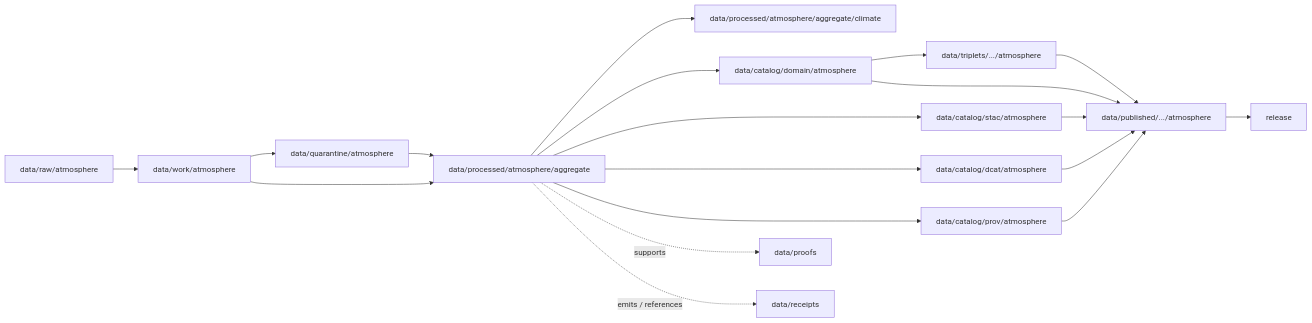
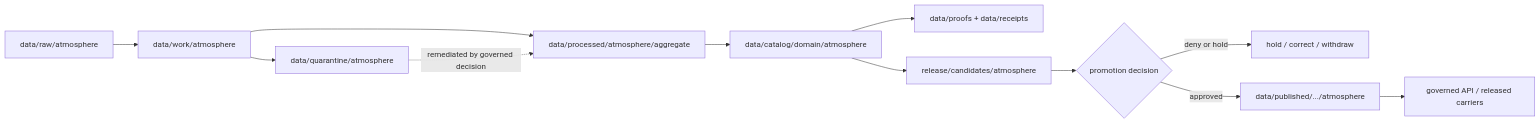
One commit to bartytime4life/Kansas-Frontier-Matrix changed the diagram in data/processed/atmosphere/aggregate/README.md. Above: the diagram before and after it, drawn with Mermaid. The commit also changed other lines of this file, not shown here.

Commit message:
docs: modernize Atmosphere aggregate README

````diff
--- a/data/processed/atmosphere/aggregate/README.md
+++ b/data/processed/atmosphere/aggregate/README.md
@@ -90,21 +316,14 @@
 ```mermaid
 flowchart LR
-  RAW[data/raw/atmosphere] --> WORK[data/work/atmosphere]
-  WORK --> QUAR[data/quarantine/atmosphere]
-  WORK --> AGG[data/processed/atmosphere/aggregate]
-  QUAR --> AGG
-  AGG --> CLIM[data/processed/atmosphere/aggregate/climate]
-  AGG --> CAT[data/catalog/domain/atmosphere]
-  AGG --> STAC[data/catalog/stac/atmosphere]
-  AGG --> DCAT[data/catalog/dcat/atmosphere]
-  AGG --> PROV[data/catalog/prov/atmosphere]
-  AGG -. supports .-> PROOF[data/proofs]
-  AGG -. emits / references .-> RECEIPT[data/receipts]
-  CAT --> TRIP[data/triplets/.../atmosphere]
-  CAT --> PUB[data/published/.../atmosphere]
-  STAC --> PUB
-  DCAT --> PUB
-  PROV --> PUB
-  TRIP --> PUB
-  PUB --> REL[release]
+  RAW["data/raw/atmosphere"] --> WORK["data/work/atmosphere"]
+  WORK --> HOLD["data/quarantine/atmosphere"]
+  WORK --> AGG["data/processed/atmosphere/aggregate"]
+  HOLD -. remediated by governed decision .-> AGG
+  AGG --> CAT["data/catalog/domain/atmosphere"]
+  CAT --> PROOF["data/proofs + data/receipts"]
+  CAT --> RC["release/candidates/atmosphere"]
+  RC --> DECISION{"promotion decision"}
+  DECISION -- deny or hold --> HOLD2["hold / correct / withdraw"]
+  DECISION -- approved --> PUB["data/published/.../atmosphere"]
+  PUB --> API["governed API / released carriers"]
 ```
````
